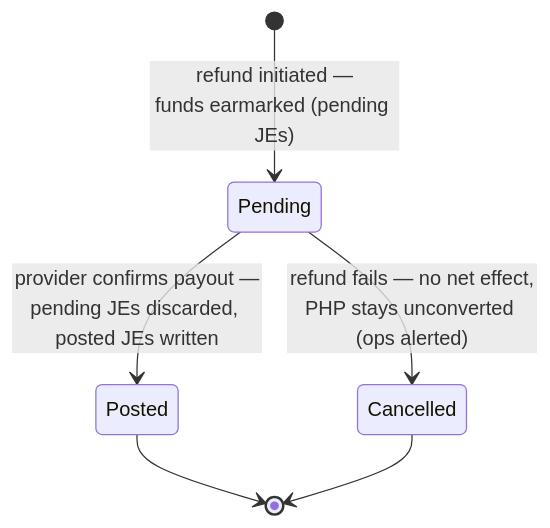
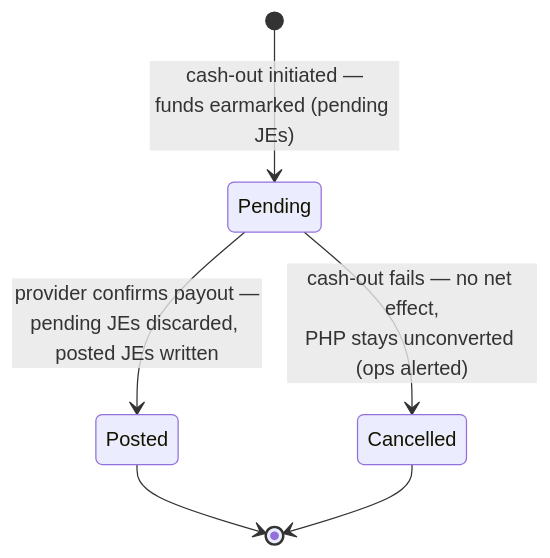
Before and after one commit to STAbraham/stablecoin-project: the third of 3 diagrams in tracks/c-usdc-vasp-privy/research/php-ledger-design.md, drawn with Mermaid. The commit also changed other lines of this file and 10 other files, not shown here.

Commit message:
Ledger: refund_out unified into cash_out (one PHP-out type over fiat/v1/cash-out; cash_out_type = refund_to_source / user_withdrawal carries the policy rules) — Steve 10/02

````diff
--- a/tracks/c-usdc-vasp-privy/research/php-ledger-design.md
+++ b/tracks/c-usdc-vasp-privy/research/php-ledger-design.md
@@ -272,8 +272,8 @@
 ```mermaid
 stateDiagram-v2
-    [*] --> Pending: refund initiated —<br/>funds earmarked (pending JEs)
+    [*] --> Pending: cash-out initiated —<br/>funds earmarked (pending JEs)
     Pending --> Posted: provider confirms payout —<br/>pending JEs discarded, posted JEs written
-    Pending --> Cancelled: refund fails — no net effect,<br/>PHP stays unconverted (ops alerted)
+    Pending --> Cancelled: cash-out fails — no net effect,<br/>PHP stays unconverted (ops alerted)
     Posted --> [*]
     Cancelled --> [*]
 ```
````
